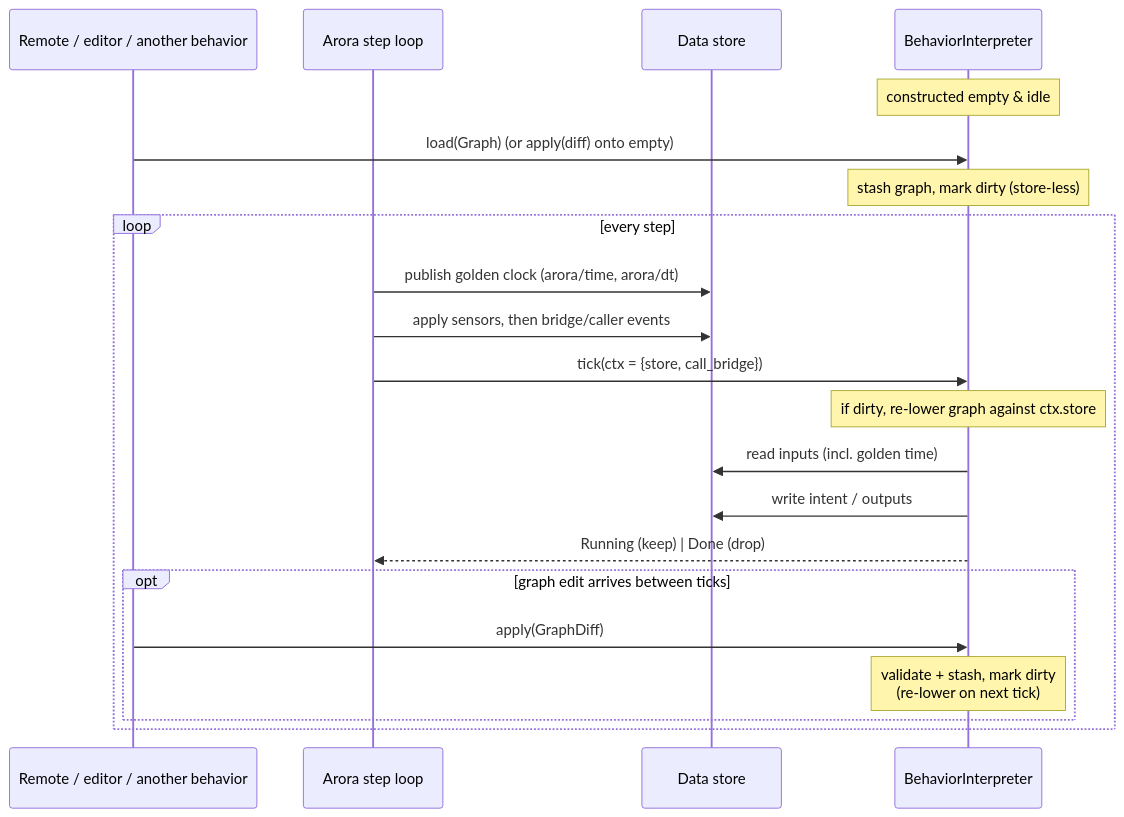
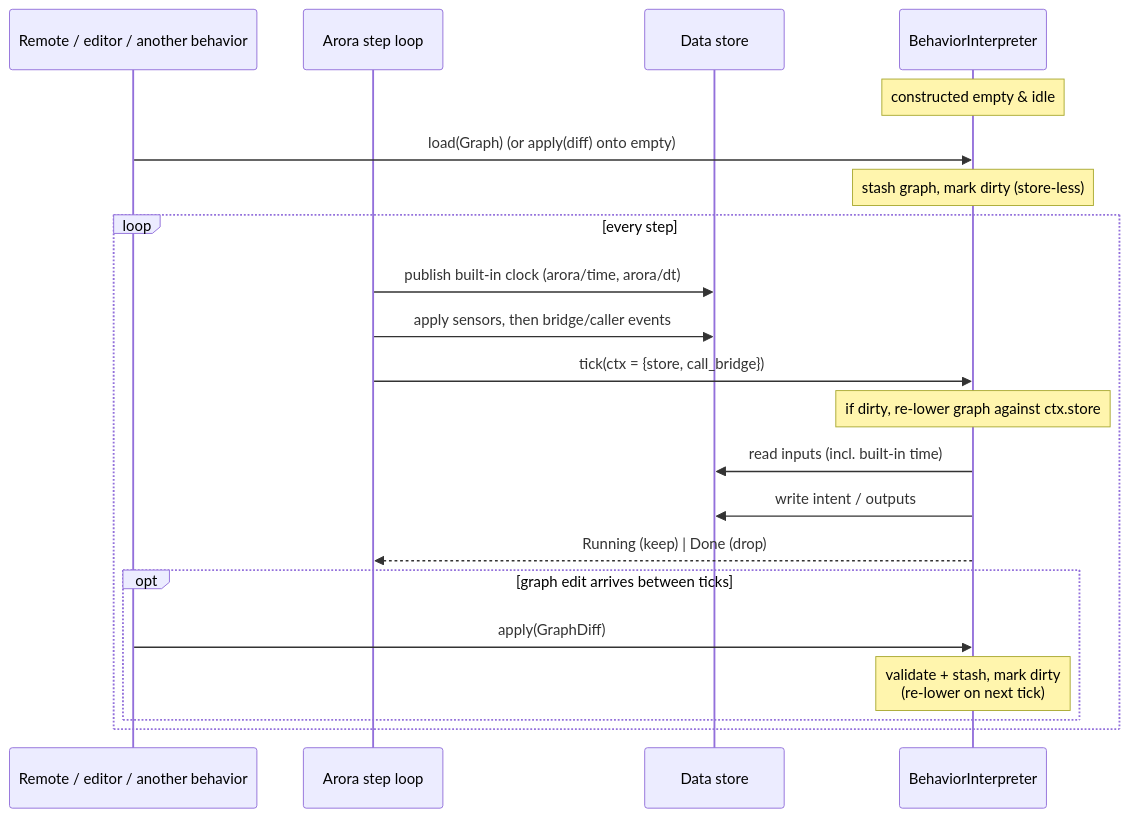
One commit to semio-ai/arora-sdk changed the second of 3 diagrams in crates/arora-behavior/docs/interpreter-workflow.md. Above: the diagram before and after it, drawn with Mermaid. The commit also changed other lines of this file and 17 other files, not shown here.

First line of the commit message:
refactor: rename the "golden" concept to "built-in" (ARORA-59)

````diff
--- a/crates/arora-behavior/docs/interpreter-workflow.md
+++ b/crates/arora-behavior/docs/interpreter-workflow.md
@@ -43,25 +43,25 @@
 ```mermaid
 sequenceDiagram
     participant Remote as Remote / editor / another behavior
     participant Runtime as Arora step loop
     participant Store as Data store
     participant Interp as BehaviorInterpreter
 
     Note over Interp: constructed empty & idle
     Remote->>Interp: load(Graph)  (or apply(diff) onto empty)
     Note over Interp: stash graph, mark dirty (store-less)
 
     loop every step
-        Runtime->>Store: publish golden clock (arora/time, arora/dt)
+        Runtime->>Store: publish built-in clock (arora/time, arora/dt)
         Runtime->>Store: apply sensors, then bridge/caller events
         Runtime->>Interp: tick(ctx = {store, call_bridge})
         Note over Interp: if dirty, re-lower graph against ctx.store
-        Interp->>Store: read inputs (incl. golden time)
+        Interp->>Store: read inputs (incl. built-in time)
         Interp->>Store: write intent / outputs
         Interp-->>Runtime: Running (keep) | Done (drop)
         opt graph edit arrives between ticks
             Remote->>Interp: apply(GraphDiff)
             Note over Interp: validate + stash, mark dirty<br/>(re-lower on next tick)
         end
     end
 ```
````
